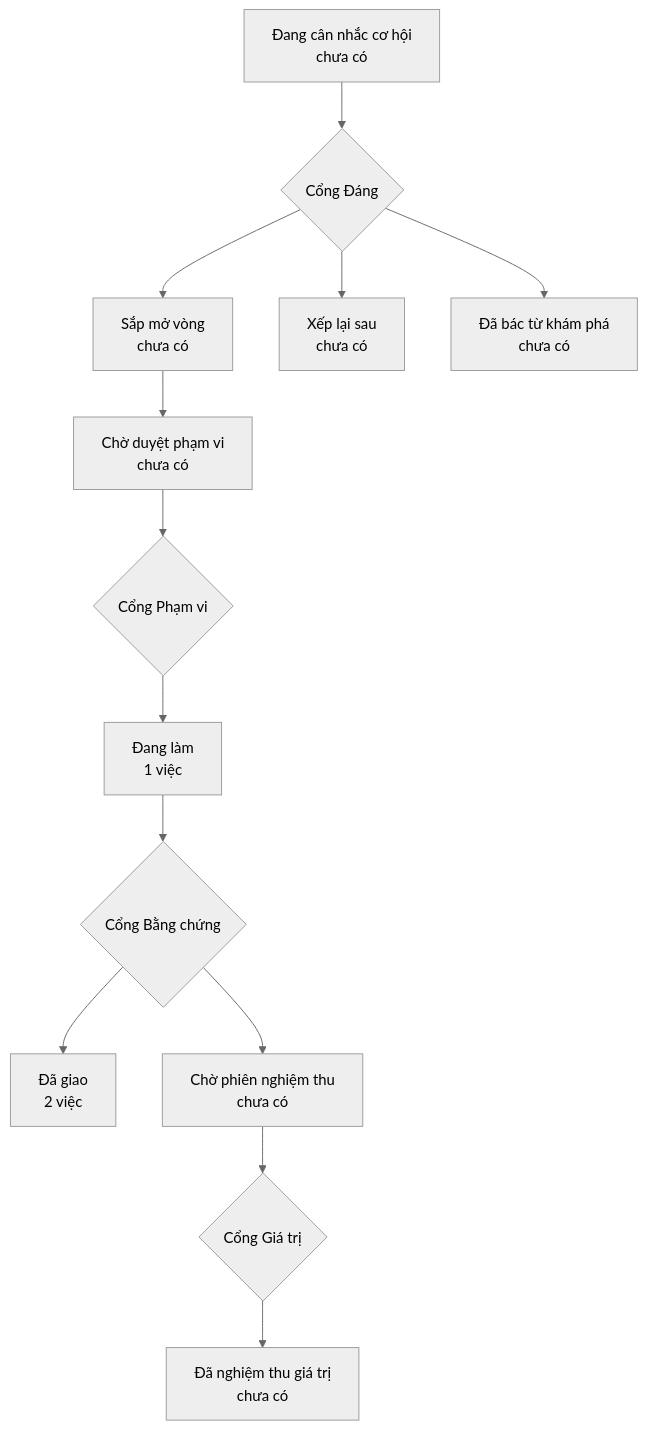
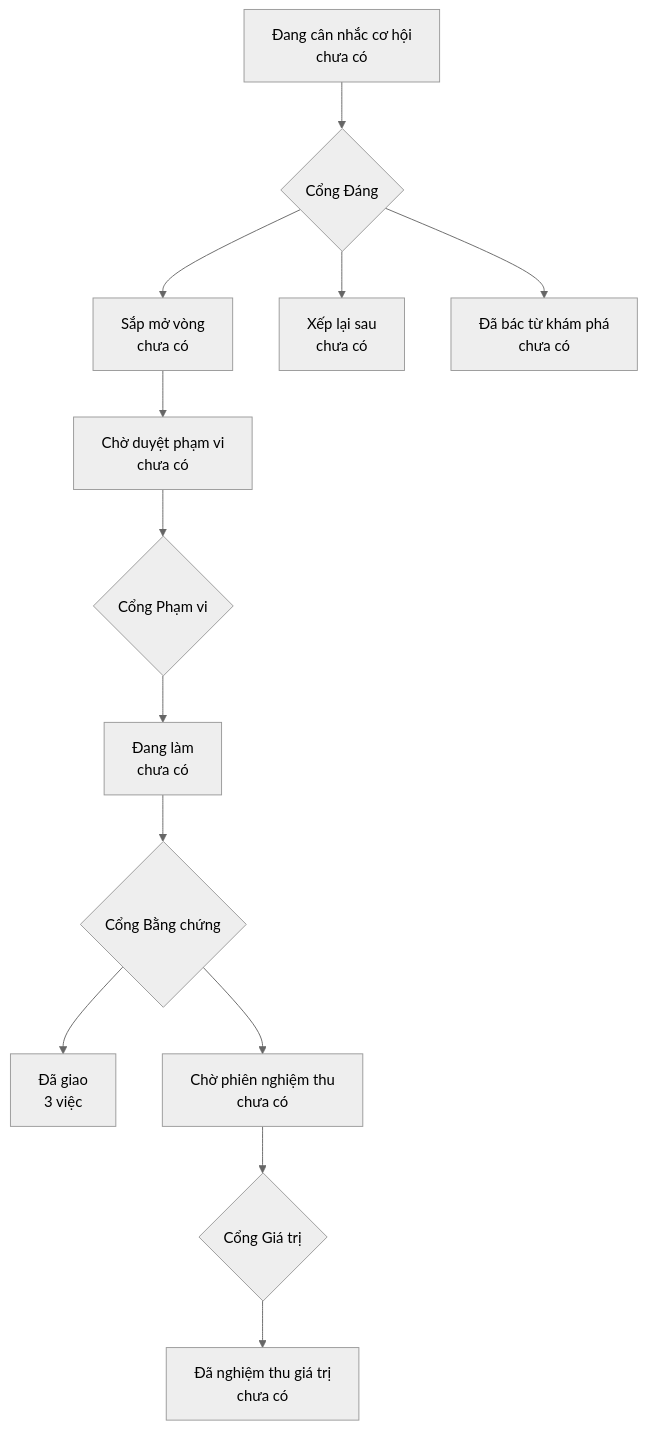
One commit to phanlemanh/crm-onehub changed the diagram in PRODUCT-MAP.md. Above: the diagram before and after it, drawn with Mermaid (neutral theme). The commit also changed other lines of this file and 2 other files, not shown here.

Commit message:
chore(acceptance): sign off khang-dinh-microsoft-co-rang at gate 2
Three verify rounds, all PASS. Manh Phan signed on 2026-09-01 knowing the four
items the record carries: the last three harness fixes landed after the third
graded round and are covered only by attack tests, two commands each back two
evals, no baseline ran in any round, and every other preload in the repository
that deletes a variable meets the same loader hole this round closed here.

The verifier did not trust the harness. It broke the clobber guard with a
dangling symlink and left a fixture file behind with a hard kill, measured the
blast radius of both rather than assuming it, and caught its own first kill
test measuring nothing but a timing mistake. All three are in the record.

````diff
--- a/PRODUCT-MAP.md
+++ b/PRODUCT-MAP.md
@@ -6,12 +6,12 @@
 ```mermaid
 flowchart TD
   A["Đang cân nhắc cơ hội<br/>chưa có"] --> GD{"Cổng Đáng"}
   GD --> B["Sắp mở vòng<br/>chưa có"]
   GD --> XL["Xếp lại sau<br/>chưa có"]
   GD --> DB["Đã bác từ khám phá<br/>chưa có"]
   B --> CD["Chờ duyệt phạm vi<br/>chưa có"] --> GP{"Cổng Phạm vi"}
-  GP --> DL["Đang làm<br/>1 việc"] --> GB{"Cổng Bằng chứng"}
-  GB --> DG["Đã giao<br/>2 việc"]
+  GP --> DL["Đang làm<br/>chưa có"] --> GB{"Cổng Bằng chứng"}
+  GB --> DG["Đã giao<br/>3 việc"]
   GB --> CN["Chờ phiên nghiệm thu<br/>chưa có"] --> GG{"Cổng Giá trị"}
   GG --> NT["Đã nghiệm thu giá trị<br/>chưa có"]
 ```
````
